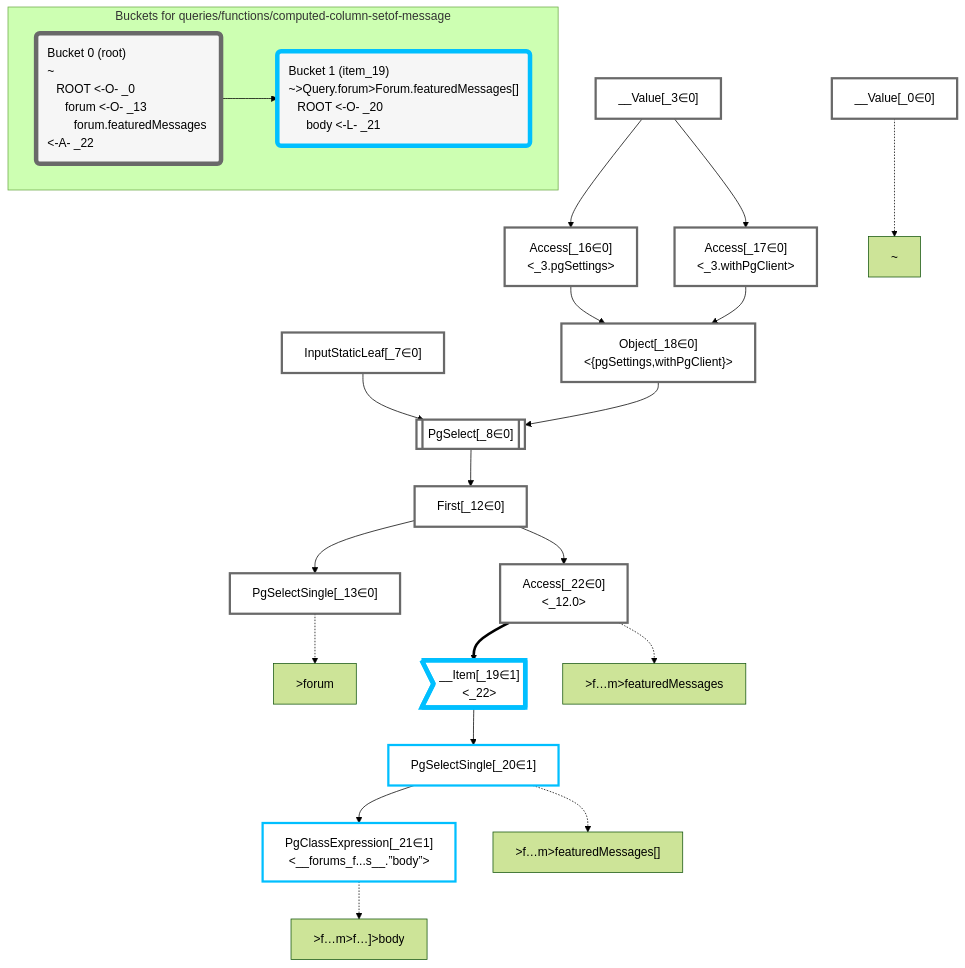
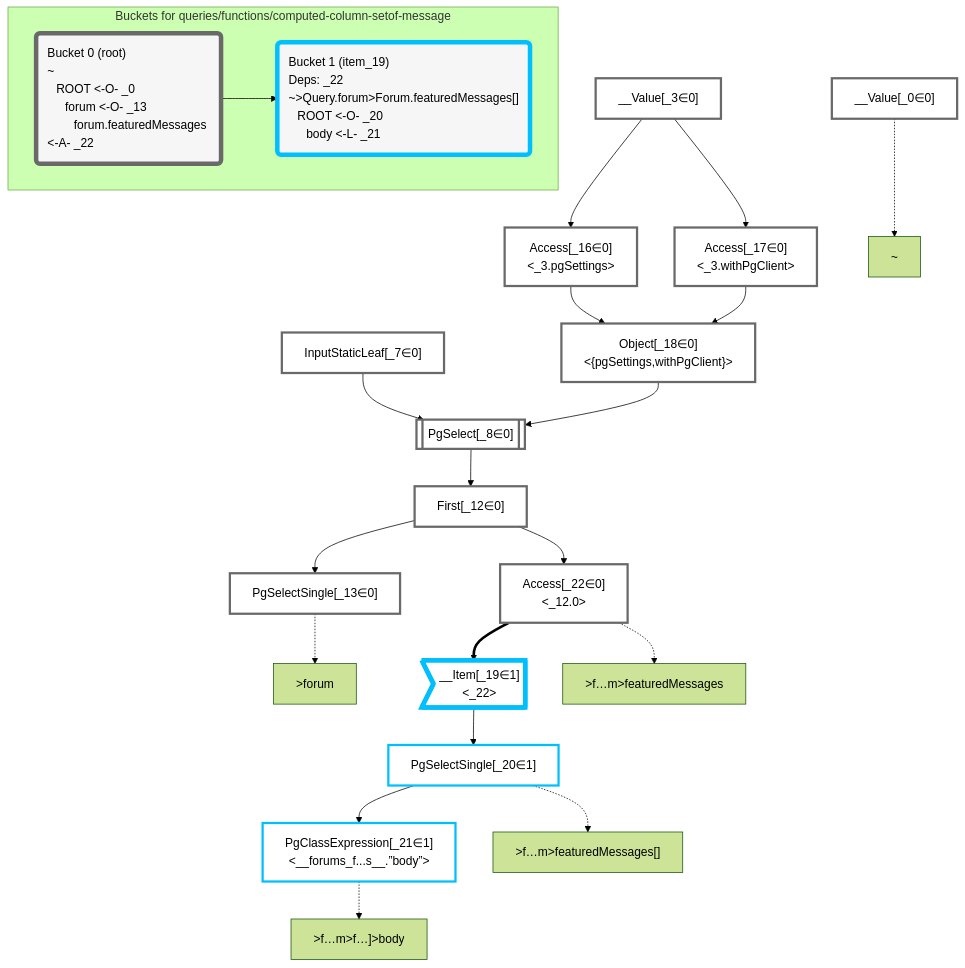
The diagram in packages/dataplan-pg/__tests__/queries/functions/computed-column-setof-message.mermaid.md (graphile/crystal), drawn with Mermaid (forest theme) before and after one commit. The commit also changed 157 other files, not shown here.

Commit message:
Add deps to all query snapshots

````diff
--- a/packages/dataplan-pg/__tests__/queries/functions/computed-column-setof-message.mermaid.md
+++ b/packages/dataplan-pg/__tests__/queries/functions/computed-column-setof-message.mermaid.md
@@ -1,64 +1,64 @@
 ```mermaid
 graph TD
     classDef path fill:#eee,stroke:#000,color:#000
     classDef plan fill:#fff,stroke-width:3px,color:#000
     classDef itemplan fill:#fff,stroke-width:6px,color:#000
     classDef sideeffectplan fill:#f00,stroke-width:6px,color:#000
     classDef bucket fill:#f6f6f6,color:#000,stroke-width:6px,text-align:left
 
 
     %% define plans
     __Value_0["__Value[_0∈0]"]:::plan
     __Value_3["__Value[_3∈0]<br /><context>"]:::plan
     InputStaticLeaf_7["InputStaticLeaf[_7∈0]"]:::plan
     PgSelect_8[["PgSelect[_8∈0]<br /><forums>"]]:::plan
     First_12["First[_12∈0]"]:::plan
     PgSelectSingle_13["PgSelectSingle[_13∈0]<br /><forums>"]:::plan
     Access_16["Access[_16∈0]<br /><_3.pgSettings>"]:::plan
     Access_17["Access[_17∈0]<br /><_3.withPgClient>"]:::plan
     Object_18["Object[_18∈0]<br /><{pgSettings,withPgClient}>"]:::plan
     __Item_19>"__Item[_19∈1]<br /><_22>"]:::itemplan
     PgSelectSingle_20["PgSelectSingle[_20∈1]<br /><forums_featured_messages>"]:::plan
     PgClassExpression_21["PgClassExpression[_21∈1]<br /><__forums_f...s__.”body”>"]:::plan
     Access_22["Access[_22∈0]<br /><_12.0>"]:::plan
 
     %% plan dependencies
     Object_18 --> PgSelect_8
     InputStaticLeaf_7 --> PgSelect_8
     PgSelect_8 --> First_12
     First_12 --> PgSelectSingle_13
     __Value_3 --> Access_16
     __Value_3 --> Access_17
     Access_16 --> Object_18
     Access_17 --> Object_18
     Access_22 ==> __Item_19
     __Item_19 --> PgSelectSingle_20
     PgSelectSingle_20 --> PgClassExpression_21
     First_12 --> Access_22
 
     %% plan-to-path relationships
     P_0["~"]
     __Value_0 -.-> P_0
     P_13[">forum"]
     PgSelectSingle_13 -.-> P_13
     P_20[">f…m>featuredMessages[]"]
     PgSelectSingle_20 -.-> P_20
     P_21[">f…m>f…]>body"]
     PgClassExpression_21 -.-> P_21
     P_22[">f…m>featuredMessages"]
     Access_22 -.-> P_22
 
     %% allocate buckets
     classDef bucket0 stroke:#696969
     class __Value_0,__Value_3,InputStaticLeaf_7,PgSelect_8,First_12,PgSelectSingle_13,Access_16,Access_17,Object_18,Access_22 bucket0
     classDef bucket1 stroke:#00bfff
     class __Item_19,PgSelectSingle_20,PgClassExpression_21 bucket1
 
     subgraph "Buckets for queries/functions/computed-column-setof-message"
     Bucket0("Bucket 0 (root)<br />~<br />⠀ROOT <-O- _0<br />⠀⠀forum <-O- _13<br />⠀⠀⠀forum.featuredMessages <-A- _22"):::bucket
     style Bucket0 stroke:#696969
-    Bucket1("Bucket 1 (item_19)<br />~>Query.forum>Forum.featuredMessages[]<br />⠀ROOT <-O- _20<br />⠀⠀body <-L- _21"):::bucket
+    Bucket1("Bucket 1 (item_19)<br />Deps: _22<br />~>Query.forum>Forum.featuredMessages[]<br />⠀ROOT <-O- _20<br />⠀⠀body <-L- _21"):::bucket
     style Bucket1 stroke:#00bfff
     Bucket0 --> Bucket1
     end
 ```
````
